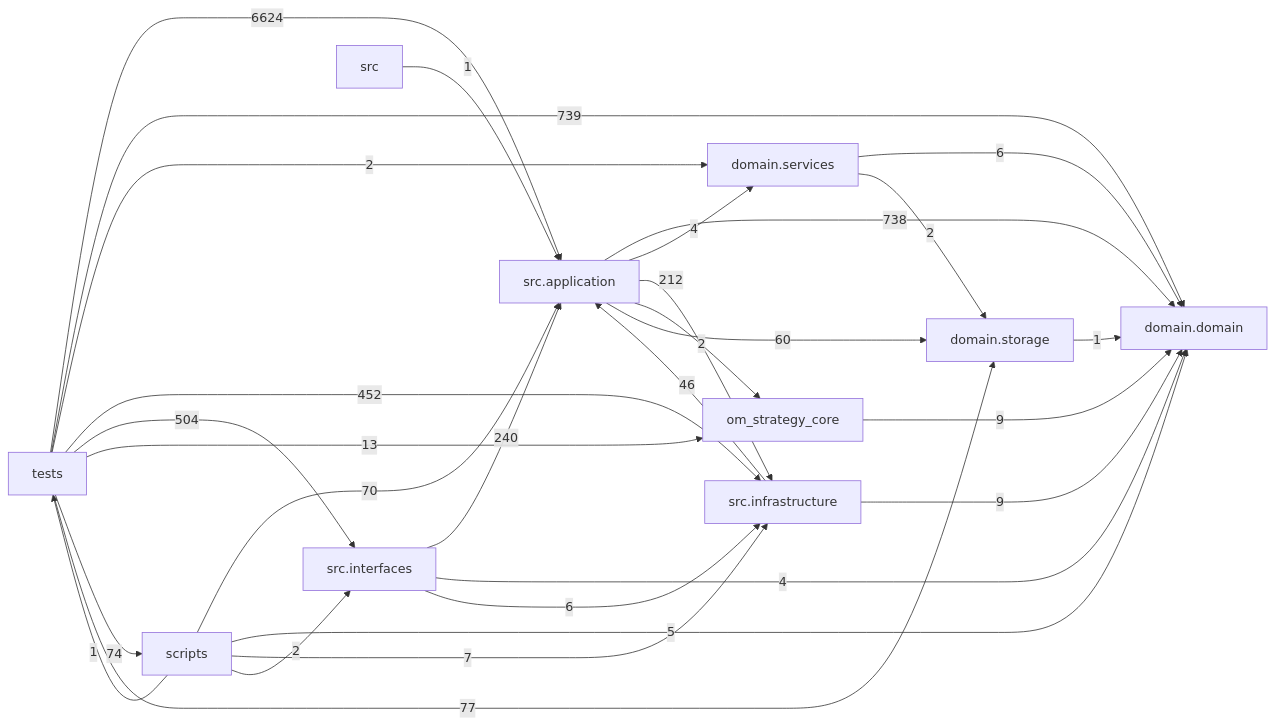
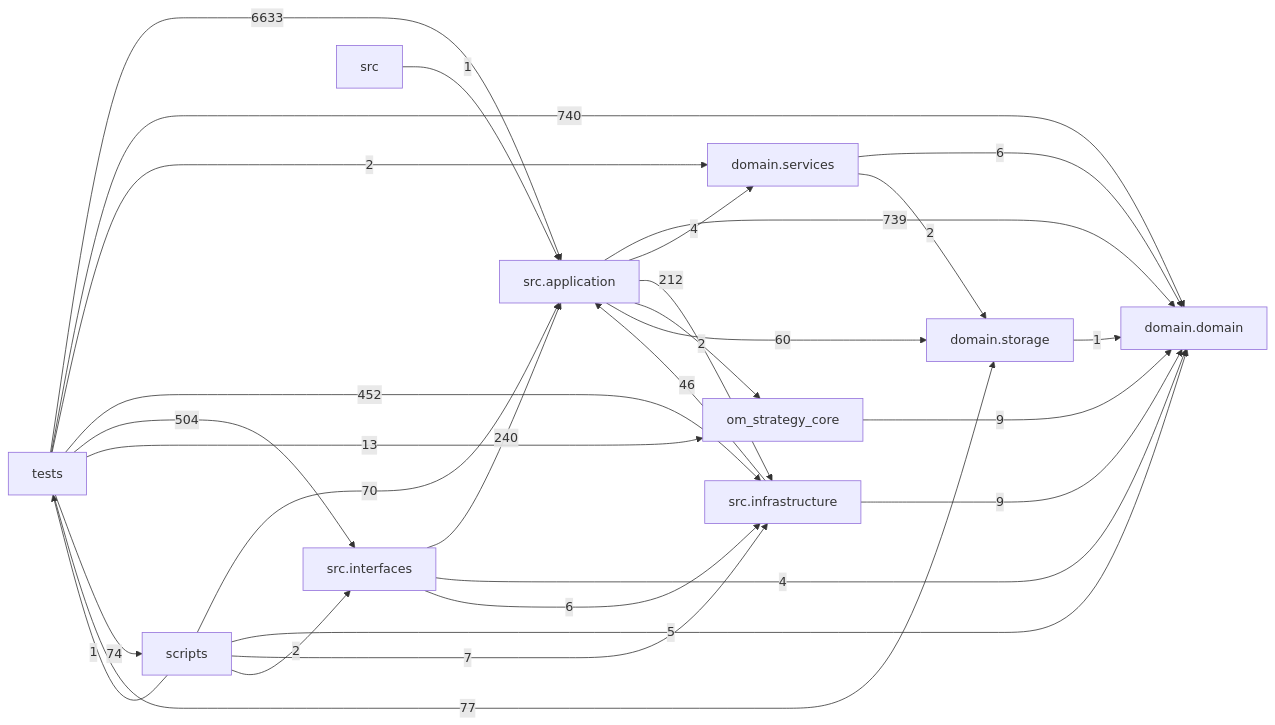
The diagram in docs/DEPENDENCY_GRAPH.md (liuxie066/options-monitor), drawn with Mermaid before and after one commit. The commit also changed other lines of this file and 19 other files, not shown here.

````diff
--- a/docs/DEPENDENCY_GRAPH.md
+++ b/docs/DEPENDENCY_GRAPH.md
@@ -24,39 +24,39 @@
 ```mermaid
 flowchart LR
   tests["tests"]
   scripts["scripts"]
   interfaces["src.interfaces"]
   application["src.application"]
   infrastructure["src.infrastructure"]
   domain_services["domain.services"]
   domain["domain.domain"]
   storage["domain.storage"]
-  application -->|738| domain
+  application -->|739| domain
   application -->|4| domain_services
   application -->|212| infrastructure
   application -->|2| om_strategy_core
   application -->|60| storage
   domain_services -->|6| domain
   domain_services -->|2| storage
   infrastructure -->|46| application
   infrastructure -->|9| domain
   interfaces -->|240| application
   interfaces -->|4| domain
   interfaces -->|6| infrastructure
   om_strategy_core -->|9| domain
   scripts -->|70| application
   scripts -->|5| domain
   scripts -->|7| infrastructure
   scripts -->|2| interfaces
   scripts -->|1| tests
   src -->|1| application
   storage -->|1| domain
-  tests -->|6624| application
-  tests -->|739| domain
+  tests -->|6633| application
+  tests -->|740| domain
   tests -->|2| domain_services
   tests -->|452| infrastructure
   tests -->|504| interfaces
   tests -->|13| om_strategy_core
   tests -->|74| scripts
   tests -->|77| storage
 ```
````
